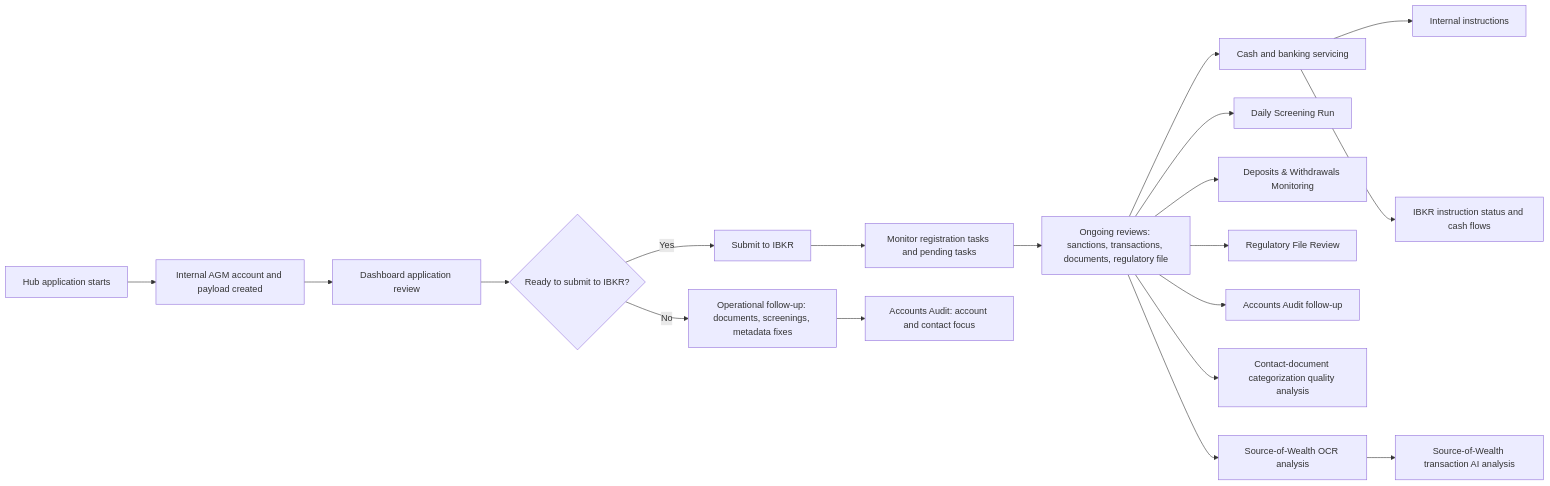
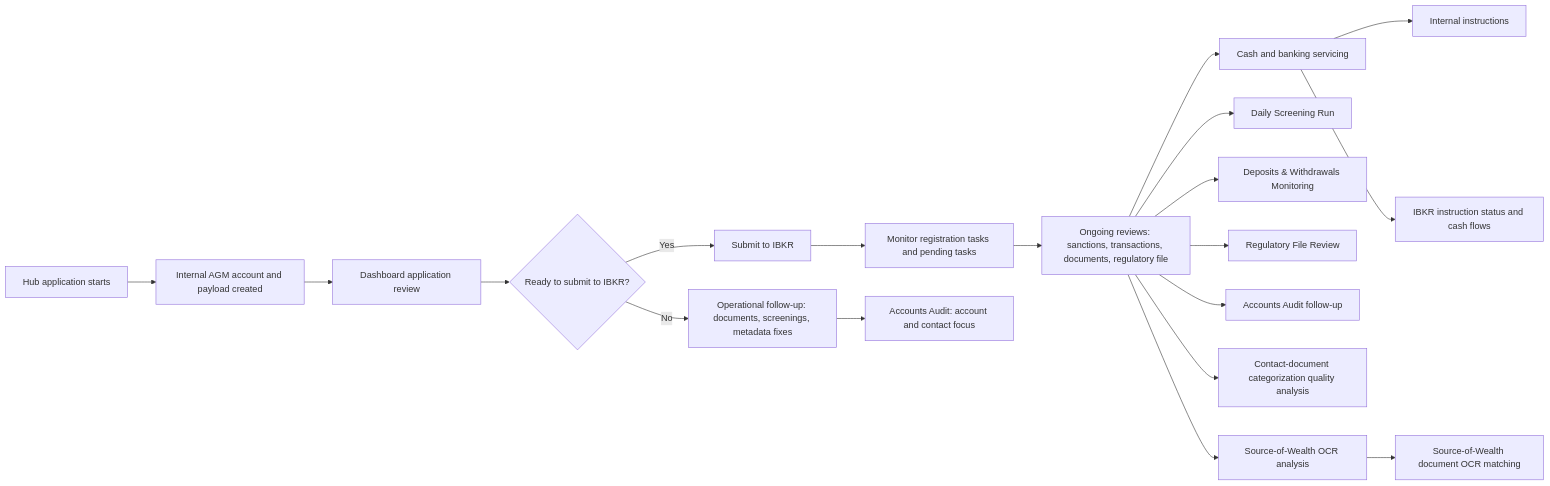
One commit to agmtrader/compliance changed the diagram in processes/README.md. Above: the diagram before and after it, drawn with Mermaid. The commit also changed 3 other files, not shown here.

Commit message:
Refactor Source of Wealth analysis documentation and processes to clarify OCR matching and update process register

````diff
--- a/processes/README.md
+++ b/processes/README.md
@@ -21,22 +21,22 @@
 ```mermaid
 flowchart LR
     A["Hub application starts"] --> B["Internal AGM account and payload created"]
     B --> C["Dashboard application review"]
     C --> D{"Ready to submit to IBKR?"}
     D -- "No" --> E["Operational follow-up: documents, screenings, metadata fixes"]
     D -- "Yes" --> F["Submit to IBKR"]
     F --> G["Monitor registration tasks and pending tasks"]
     G --> H["Ongoing reviews: sanctions, transactions, documents, regulatory file"]
     H --> I["Cash and banking servicing"]
 
     E --> E1["Accounts Audit: account and contact focus"]
     H --> H1["Daily Screening Run"]
     H --> H2["Deposits & Withdrawals Monitoring"]
     H --> H3["Regulatory File Review"]
     H --> H4["Accounts Audit follow-up"]
     H --> H5["Contact-document categorization quality analysis"]
     H --> H6["Source-of-Wealth OCR analysis"]
-    H6 --> H7["Source-of-Wealth transaction AI analysis"]
+    H6 --> H7["Source-of-Wealth document OCR matching"]
     I --> I1["Internal instructions"]
     I --> I2["IBKR instruction status and cash flows"]
 ```
````
